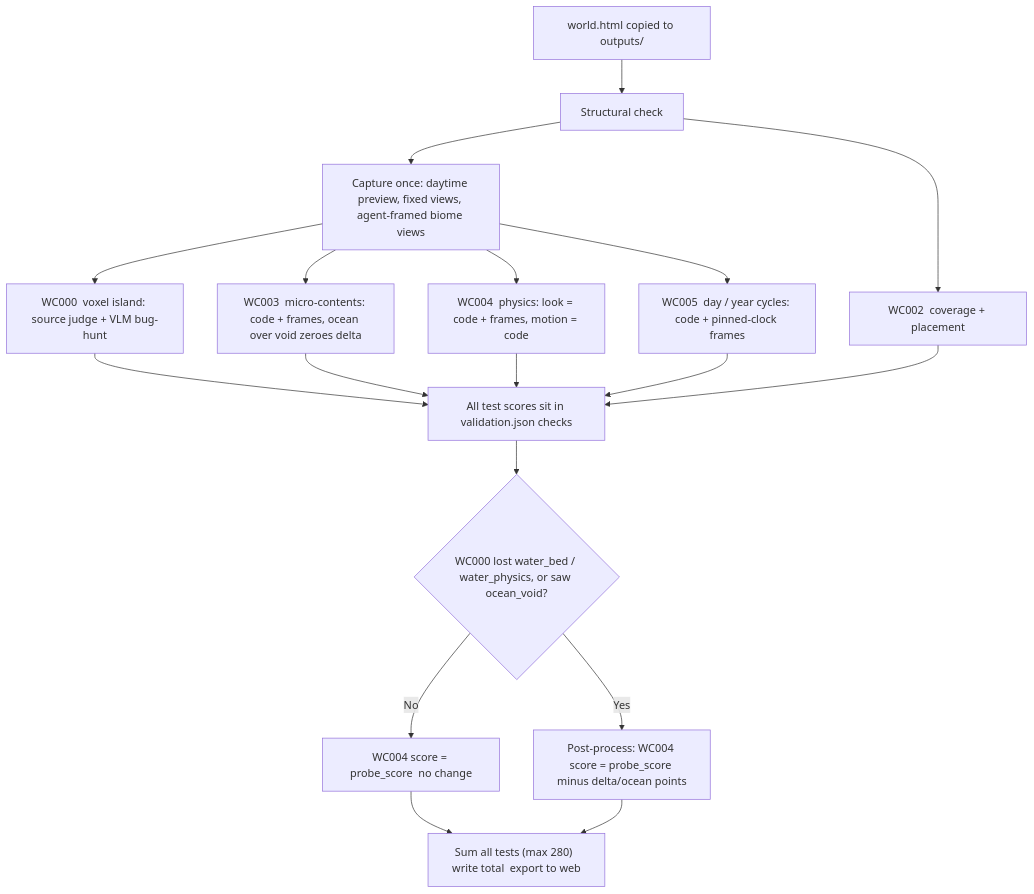
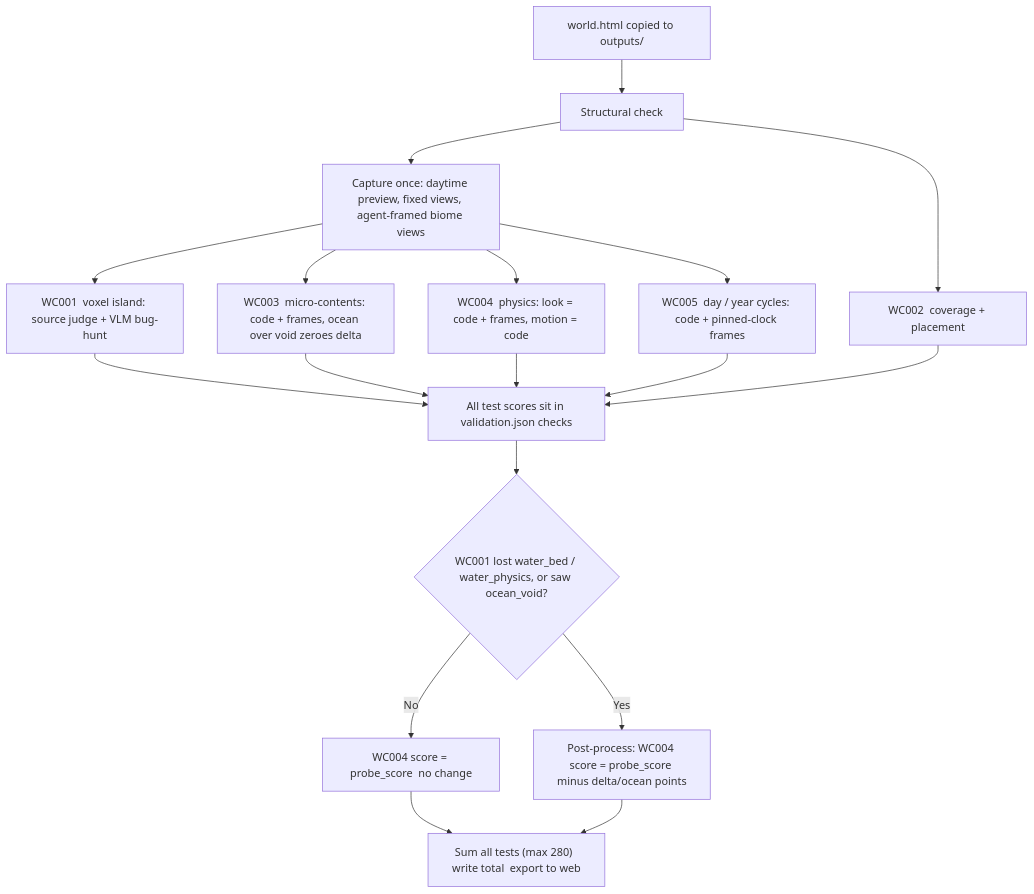
One commit to KrishBakshi/worldbench changed the diagram in tests/Readme.md. Above: the diagram before and after it, drawn with Mermaid. The commit also changed 17 other files, not shown here.

````diff
--- a/tests/Readme.md
+++ b/tests/Readme.md
@@ -1,23 +1,23 @@
 ```mermaid
 flowchart TD
     A["world.html copied to outputs/"] --> B["Structural check"]
     B --> CAP["Capture once: daytime preview, fixed views, agent-framed biome views"]
-    CAP --> C["WC000  voxel island: source judge + VLM bug-hunt"]
+    CAP --> C["WC001  voxel island: source judge + VLM bug-hunt"]
     B --> E["WC002  coverage + placement"]
     CAP --> F["WC003  micro-contents: code + frames, ocean over void zeroes delta"]
     CAP --> G["WC004  physics: look = code + frames, motion = code"]
     CAP --> H["WC005  day / year cycles: code + pinned-clock frames"]
 
     C --> I["All test scores sit in validation.json checks"]
     E --> I
     F --> I
     G --> I
     H --> I
 
-    I --> J{"WC000 lost water_bed / water_physics, or saw ocean_void?"}
+    I --> J{"WC001 lost water_bed / water_physics, or saw ocean_void?"}
     J -->|No| K["WC004 score = probe_score  no change"]
     J -->|Yes| L["Post-process: WC004 score = probe_score minus delta/ocean points"]
 
     K --> M["Sum all tests (max 280)  write total  export to web"]
     L --> M
 ```
````
